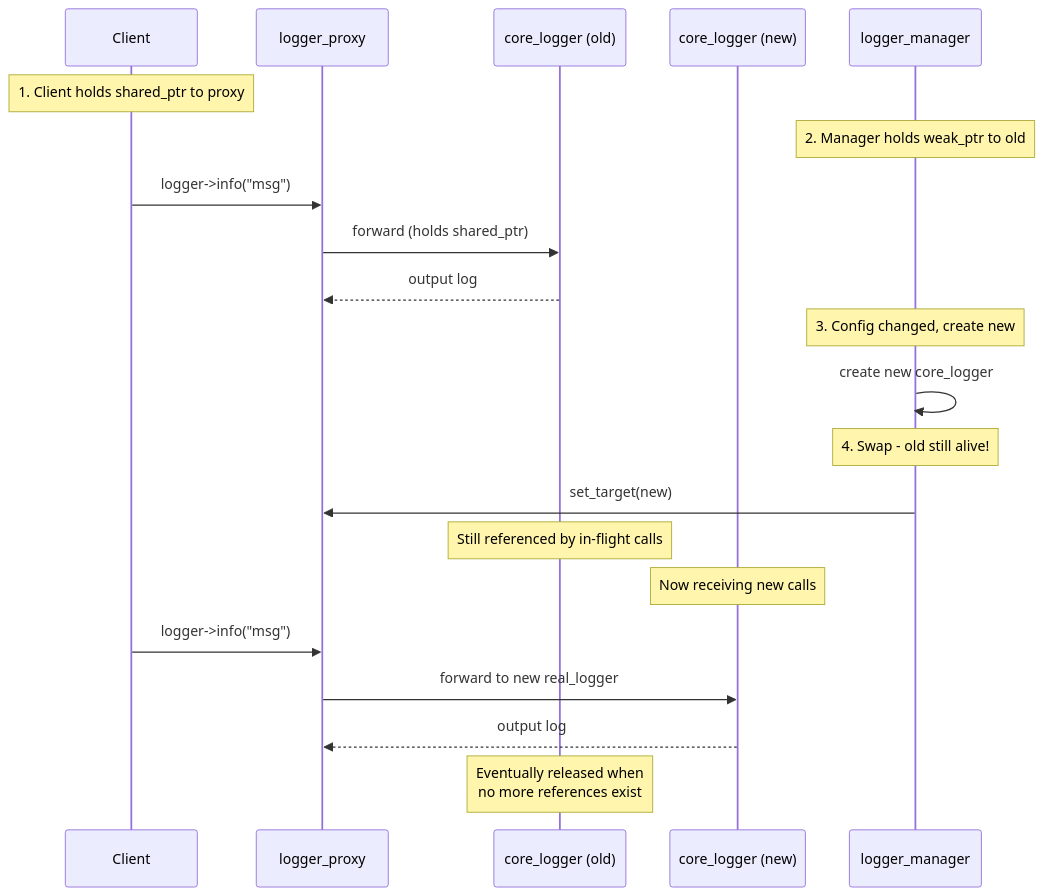
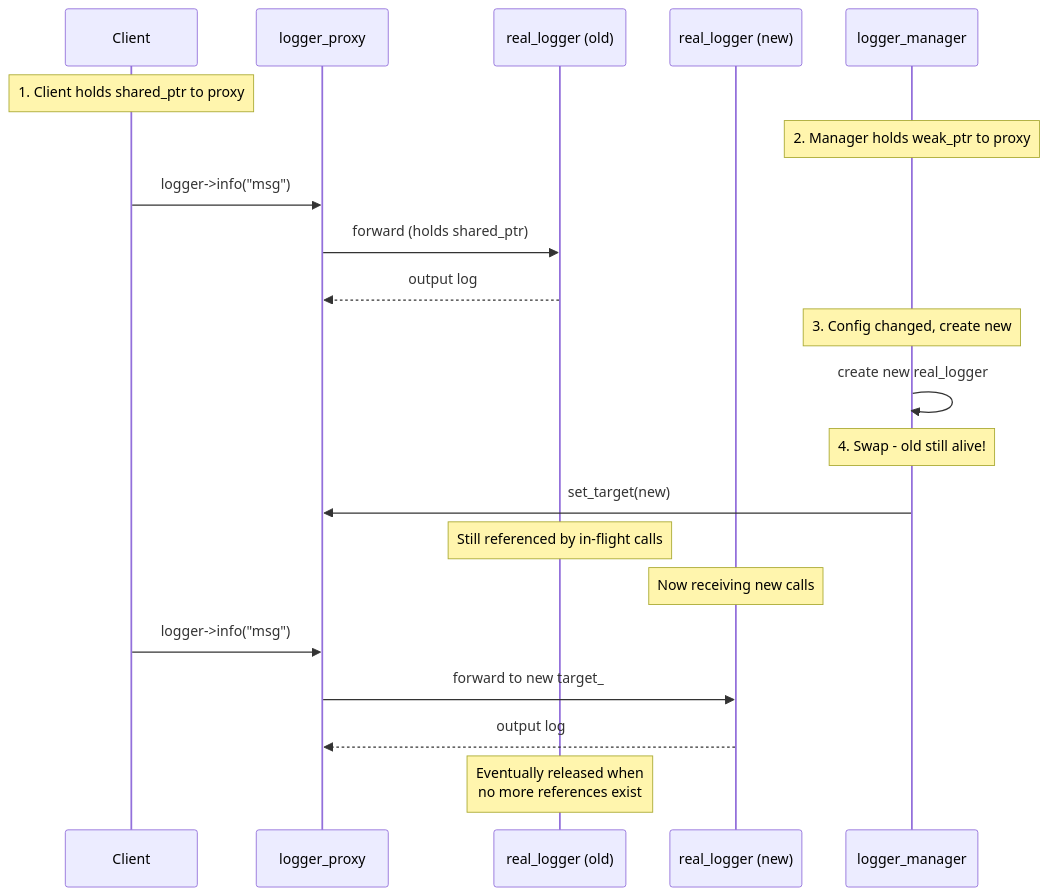
Before and after one commit to lwhttpdorg/log4cpp: the seventh of 10 diagrams in docs/DESIGN.md, drawn with Mermaid. The commit also changed other lines of this file and 20 other files, not shown here.

First line of the commit message:
refactor: rename core_logger to real_logger and instance-ize log_pattern

````diff
--- a/docs/DESIGN.md
+++ b/docs/DESIGN.md
@@ -536,30 +564,30 @@
 ```mermaid
 sequenceDiagram
     participant Client
     participant Proxy as logger_proxy
-    participant Old as core_logger (old)
-    participant New as core_logger (new)
+    participant Old as real_logger (old)
+    participant New as real_logger (new)
     participant Manager as logger_manager
 
     Note over Client: 1. Client holds shared_ptr to proxy
-    Note over Manager: 2. Manager holds weak_ptr to old
+    Note over Manager: 2. Manager holds weak_ptr to proxy
 
     Client->>Proxy: logger->info("msg")
     Proxy->>Old: forward (holds shared_ptr)
     Old-->>Proxy: output log
 
     Note over Manager: 3. Config changed, create new
-    Manager->>Manager: create new core_logger
+    Manager->>Manager: create new real_logger
 
     Note over Manager: 4. Swap - old still alive!
     Manager->>Proxy: set_target(new)
 
     Note over Old: Still referenced by in-flight calls
     Note over New: Now receiving new calls
 
     Client->>Proxy: logger->info("msg")
-    Proxy->>New: forward to new real_logger
+    Proxy->>New: forward to new target_
     New-->>Proxy: output log
 
     Note over Old: Eventually released when<br/>no more references exist
 ```
````
